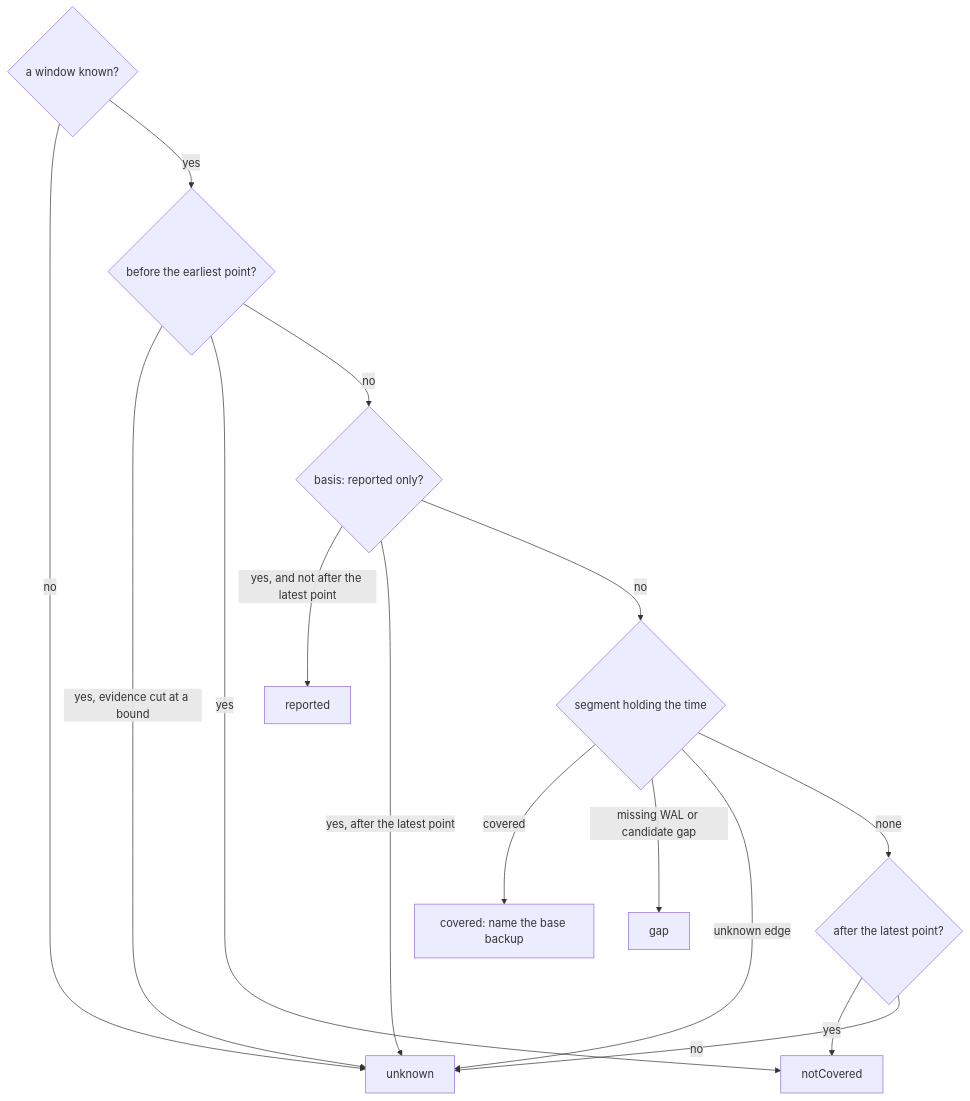
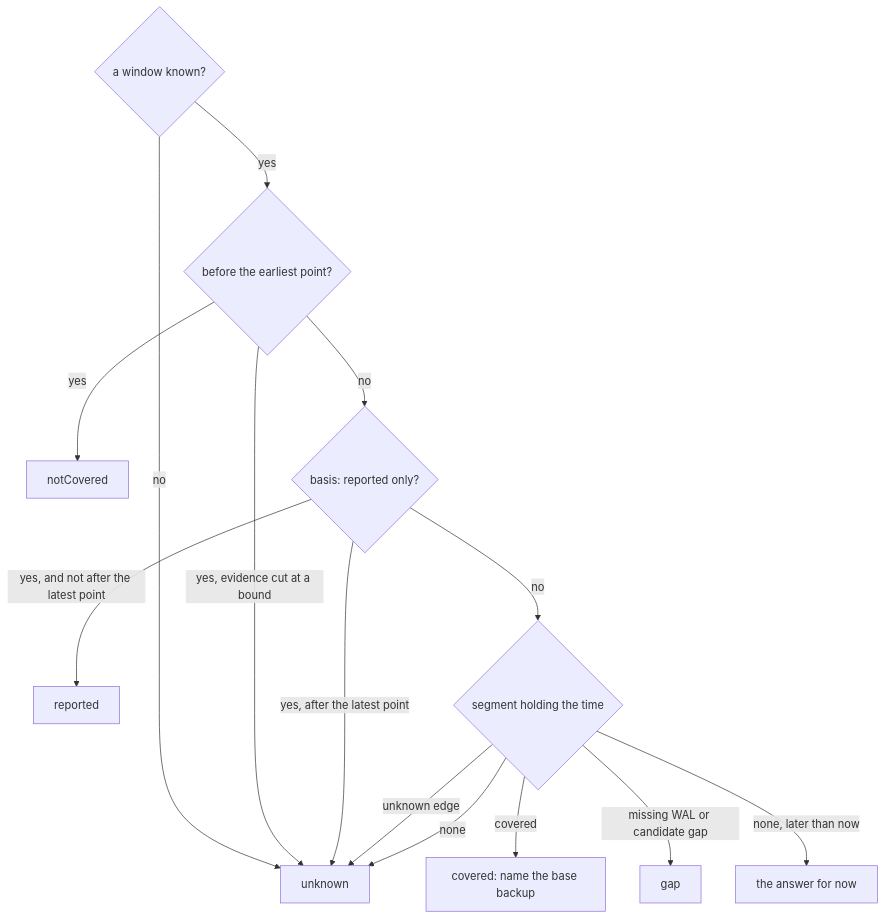
The third of 3 diagrams in docs/site/docs/console/forecasts-and-recovery.md (fyannk/pgToolBox), drawn with Mermaid before and after one commit. The commit also changed other lines of this file and 212 other files, not shown here.

First line of the commit message:
fix: 0.1.0 third review fixes (restore check, timelines, proxy trust, policy, release) (#23)

````diff
--- a/docs/site/docs/console/forecasts-and-recovery.md
+++ b/docs/site/docs/console/forecasts-and-recovery.md
@@ -231,17 +250,16 @@
 ```mermaid
 flowchart TB
   window{"a window known?"} -->|no| unknown["unknown"]
   window -->|yes| before{"before the earliest point?"}
   before -->|"yes, evidence cut at a bound"| unknown
   before -->|yes| notcovered["notCovered"]
   before -->|no| basis{"basis: reported only?"}
   basis -->|"yes, and not after the latest point"| reported["reported"]
   basis -->|"yes, after the latest point"| unknown
   basis -->|no| segment{"segment holding the time"}
   segment -->|covered| covered["covered: name the base backup"]
   segment -->|"missing WAL or candidate gap"| gap["gap"]
   segment -->|"unknown edge"| unknown
-  segment -->|none| after{"after the latest point?"}
-  after -->|yes| notcovered
-  after -->|no| unknown
+  segment -->|"none, later than now"| tail["the answer for now"]
+  segment -->|none| unknown
 ```
````
